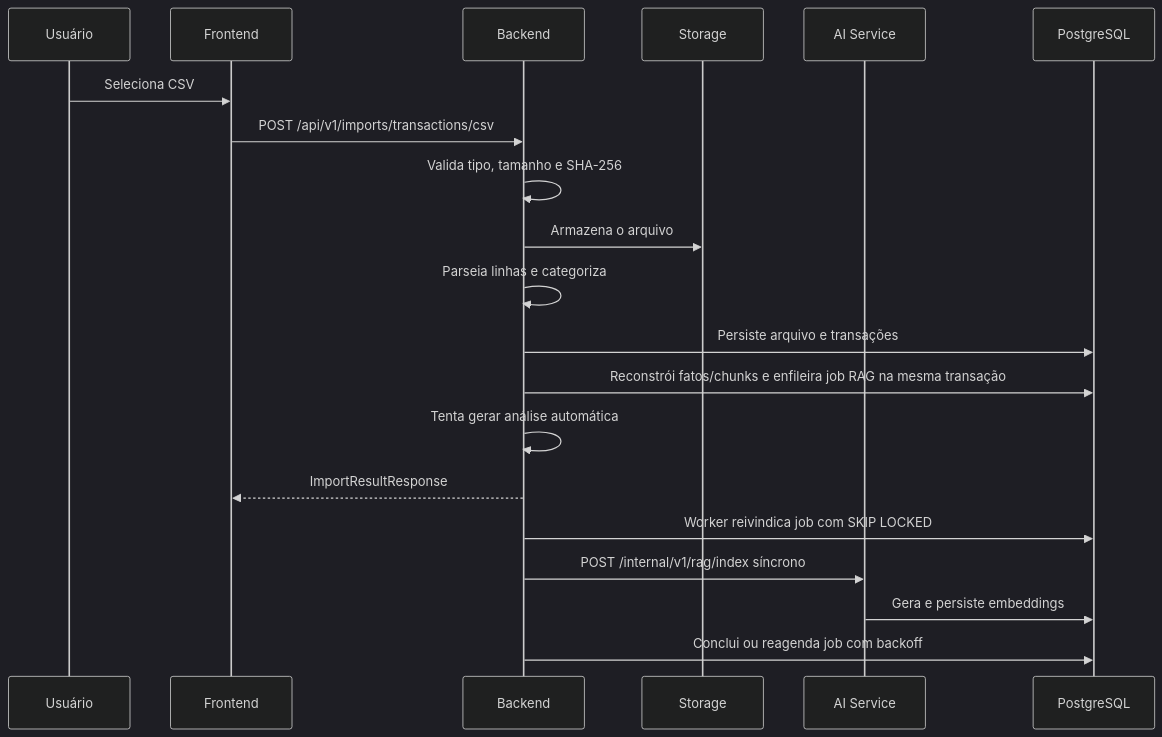
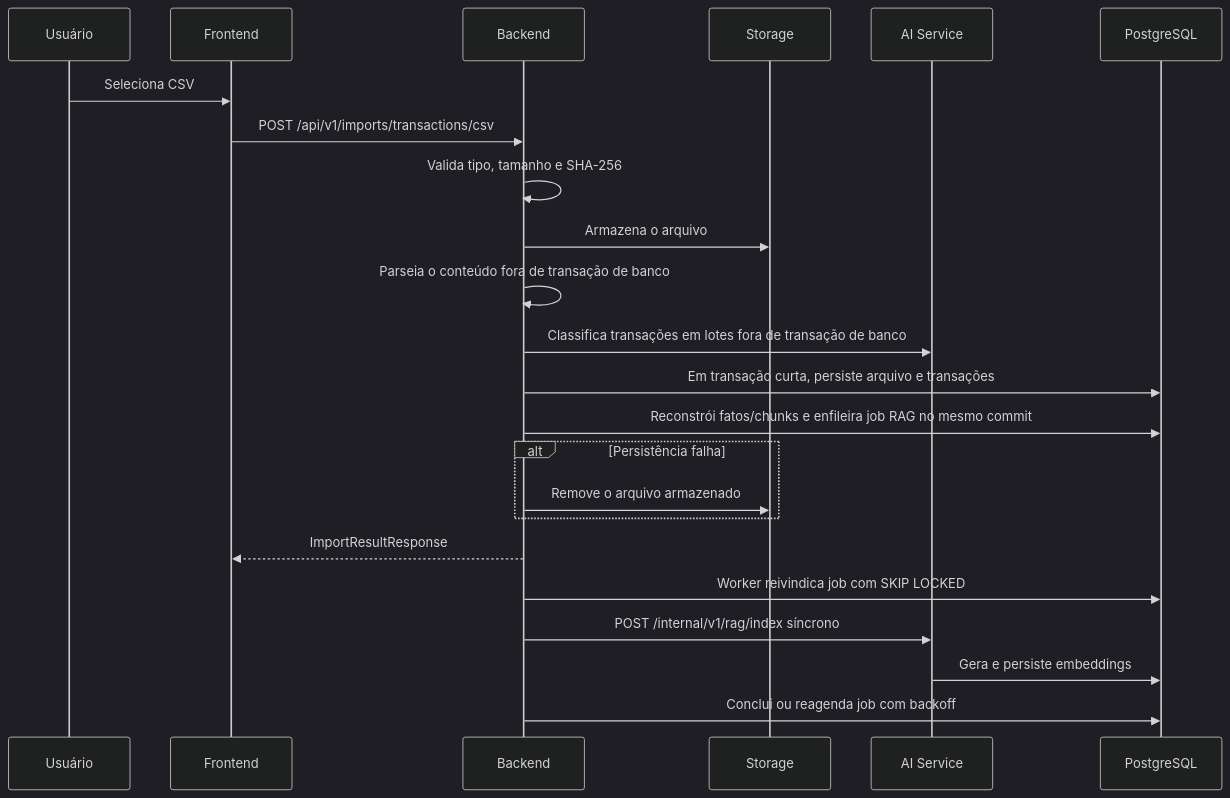
The first of 3 diagrams in docs/architecture.md (No-Country-simulation/G9-BR-Team-17-FinVise), drawn with Mermaid (dark theme) before and after one commit. The commit also changed other lines of this file and 17 other files, not shown here.

Commit message:
fix(backend): retira rede das transações de banco

````diff
--- a/docs/architecture.md
+++ b/docs/architecture.md
@@ -140,23 +140,26 @@
 ```mermaid
 sequenceDiagram
     participant U as Usuário
     participant F as Frontend
     participant B as Backend
     participant S as Storage
     participant AI as AI Service
     participant DB as PostgreSQL
 
     U->>F: Seleciona CSV
     F->>B: POST /api/v1/imports/transactions/csv
     B->>B: Valida tipo, tamanho e SHA-256
     B->>S: Armazena o arquivo
-    B->>B: Parseia linhas e categoriza
-    B->>DB: Persiste arquivo e transações
-    B->>DB: Reconstrói fatos/chunks e enfileira job RAG na mesma transação
-    B->>B: Tenta gerar análise automática
+    B->>B: Parseia o conteúdo fora de transação de banco
+    B->>AI: Classifica transações em lotes fora de transação de banco
+    B->>DB: Em transação curta, persiste arquivo e transações
+    B->>DB: Reconstrói fatos/chunks e enfileira job RAG no mesmo commit
+    alt Persistência falha
+        B->>S: Remove o arquivo armazenado
+    end
     B-->>F: ImportResultResponse
     B->>DB: Worker reivindica job com SKIP LOCKED
     B->>AI: POST /internal/v1/rag/index síncrono
     AI->>DB: Gera e persiste embeddings
     B->>DB: Conclui ou reagenda job com backoff
 ```
````
